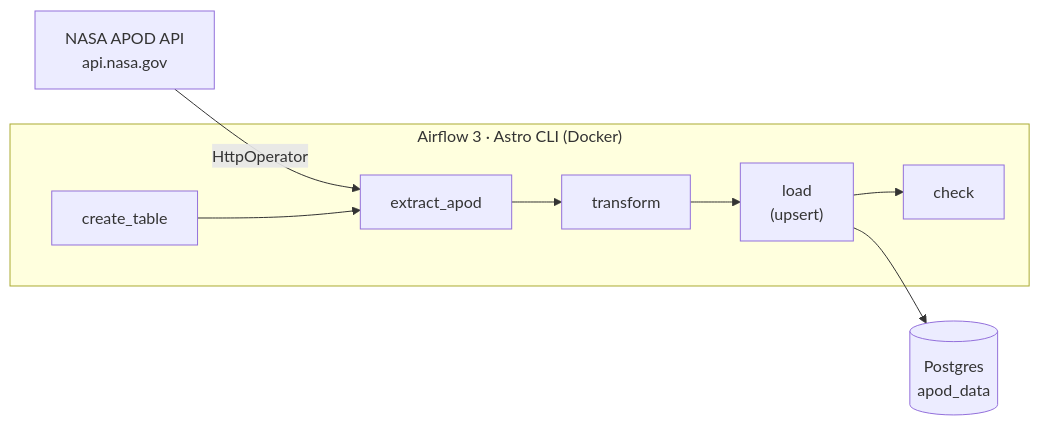
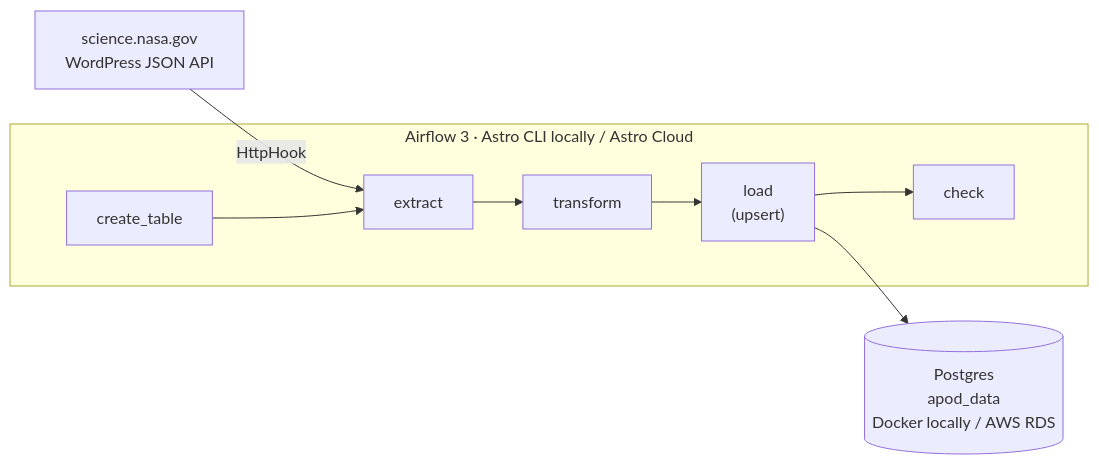
The diagram in README.md (sujinan-sila/nasa-apod-airflow-etl), drawn with Mermaid before and after one commit. The commit also changed other lines of this file, not shown here.

Commit message:
readme: switch to science.nasa.gov, the logo bug, backfill

````diff
--- a/README.md
+++ b/README.md
@@ -9,11 +22,11 @@
 ```mermaid
 flowchart LR
-    API["NASA APOD API<br/>api.nasa.gov"] -->|HttpOperator| EX["extract_apod"]
-    subgraph AF["Airflow 3 · Astro CLI (Docker)"]
+    WEB["science.nasa.gov<br/>WordPress JSON API"] -->|HttpHook| EX["extract"]
+    subgraph AF["Airflow 3 · Astro CLI locally / Astro Cloud"]
         CT["create_table"] --> EX
         EX --> TR["transform"]
         TR --> LD["load<br/>(upsert)"]
         LD --> CK["check"]
     end
-    LD --> PG[("Postgres<br/>apod_data")]
+    LD --> PG[("Postgres<br/>apod_data<br/>Docker locally / AWS RDS")]
 ```
````
